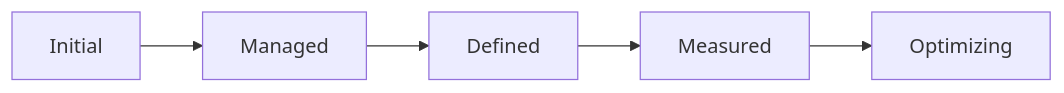
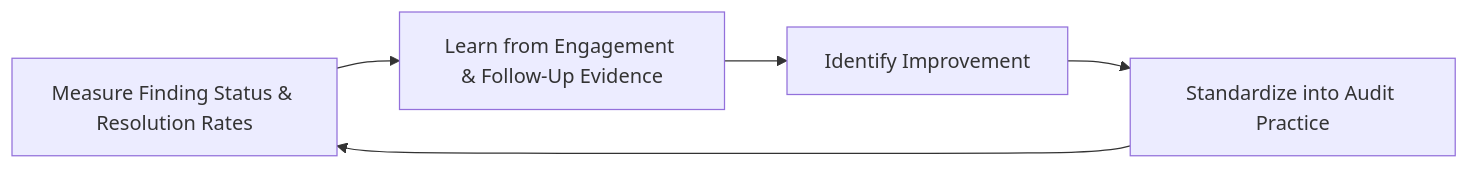
One commit to MojammelJoy/StackLeo-Tech-Store changed the fifth of 6 diagrams in 06_Security/audit-governance.md. Above: the diagram before and after it, drawn with Mermaid. The commit also changed other lines of this file and 30 other files, not shown here.

````diff
--- a/06_Security/audit-governance.md
+++ b/06_Security/audit-governance.md
@@ -235,7 +529,7 @@
 ```mermaid
 flowchart LR
-    A[Initial] --> B[Managed]
-    B --> C[Defined]
-    C --> D[Measured]
-    D --> E[Optimizing]
+    Measure[Measure Finding Status & Resolution Rates] --> Learn[Learn from Engagement & Follow-Up Evidence]
+    Learn --> Improve[Identify Improvement]
+    Improve --> Standardize[Standardize into Audit Practice]
+    Standardize --> Measure
 ```
````
